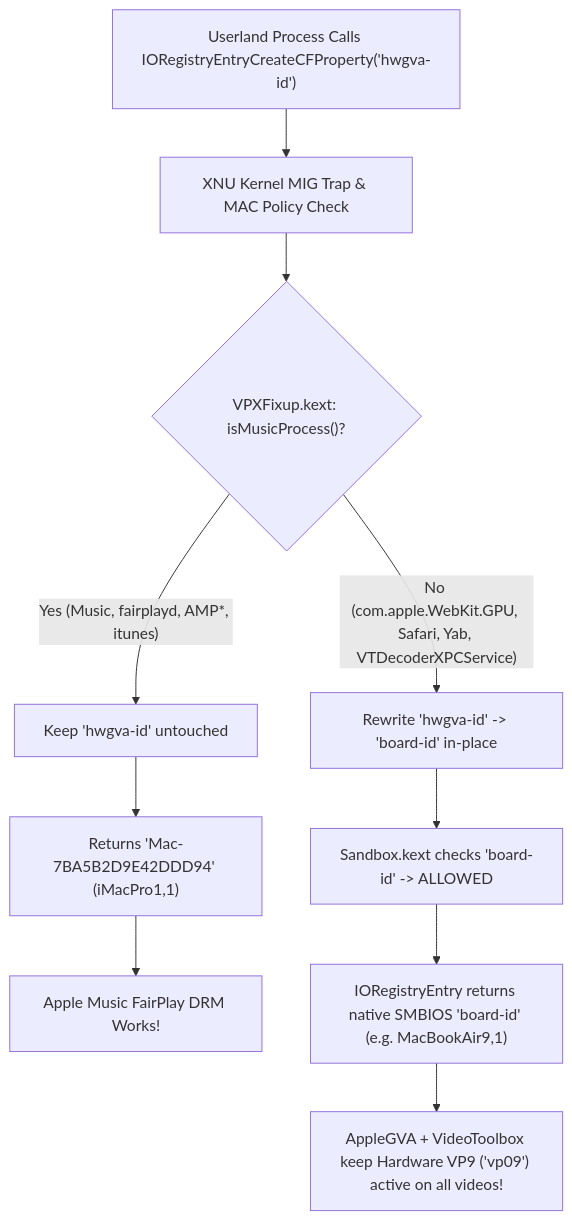
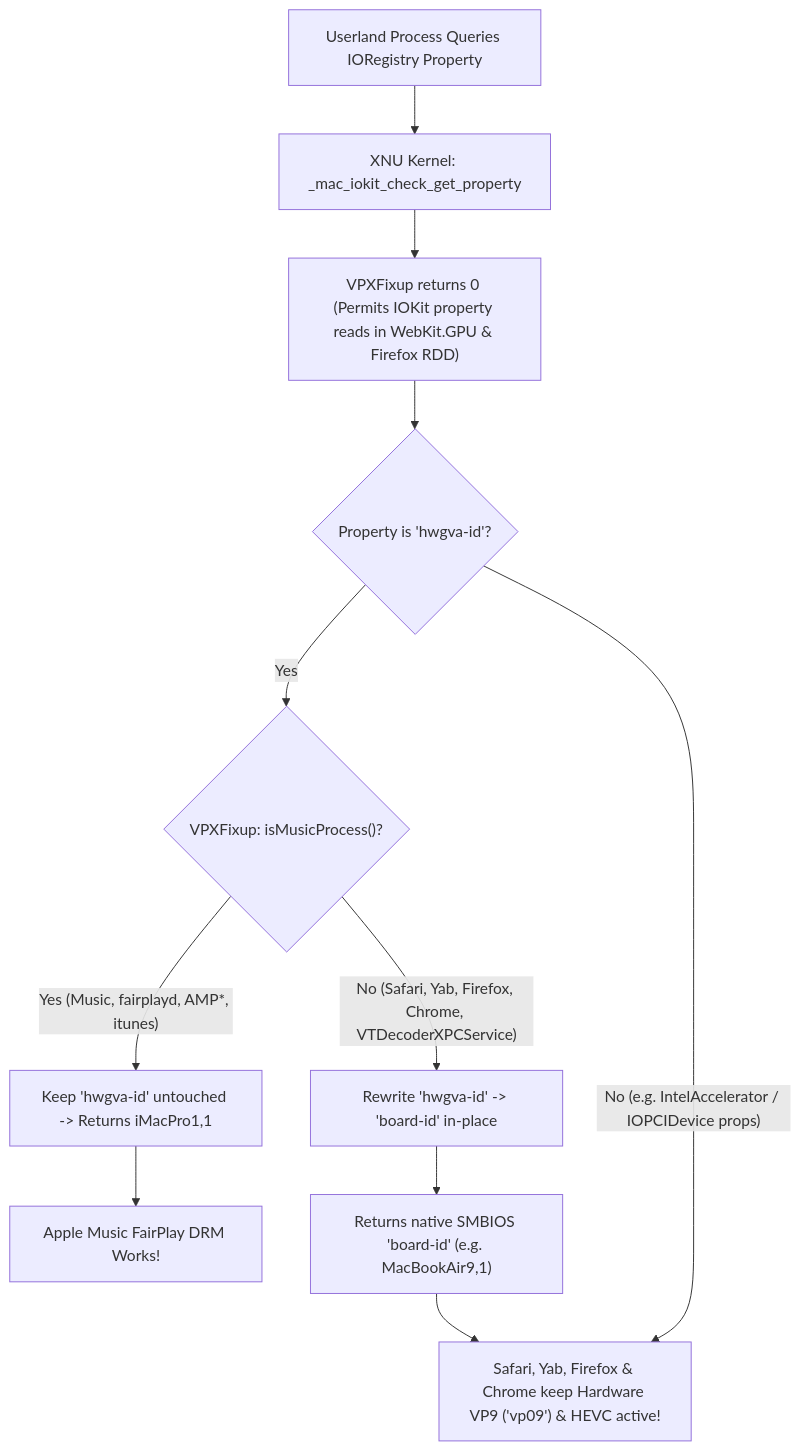
The second of 2 diagrams in HOW_IT_WORKS.md (medkintos/VPXFixUp), drawn with Mermaid before and after one commit. The commit also changed other lines of this file and 23 other files, not shown here.

````diff
--- a/HOW_IT_WORKS.md
+++ b/HOW_IT_WORKS.md
@@ -42,12 +52,13 @@
 ```mermaid
 flowchart TD
-    A["Userland Process Calls IORegistryEntryCreateCFProperty('hwgva-id')"] --> B["XNU Kernel MIG Trap & MAC Policy Check"]
-    B --> C{"VPXFixup.kext: isMusicProcess()?"}
-    C -->|"Yes (Music, fairplayd, AMP*, itunes)"| D["Keep 'hwgva-id' untouched"]
-    D --> E["Returns 'Mac-7BA5B2D9E42DDD94' (iMacPro1,1)"]
-    E --> F["Apple Music FairPlay DRM Works!"]
-    C -->|"No (com.apple.WebKit.GPU, Safari, Yab, VTDecoderXPCService)"| G["Rewrite 'hwgva-id' -> 'board-id' in-place"]
-    G --> H["Sandbox.kext checks 'board-id' -> ALLOWED"]
-    H --> I["IORegistryEntry returns native SMBIOS 'board-id' (e.g. MacBookAir9,1)"]
-    I --> J["AppleGVA + VideoToolbox keep Hardware VP9 ('vp09') active on all videos!"]
+    A["Userland Process Queries IORegistry Property"] --> B["XNU Kernel: _mac_iokit_check_get_property"]
+    B --> C["VPXFixup returns 0 (Permits IOKit property reads in WebKit.GPU & Firefox RDD)"]
+    C --> D{"Property is 'hwgva-id'?"}
+    D -->|"Yes"| E{"VPXFixup: isMusicProcess()?"}
+    E -->|"Yes (Music, fairplayd, AMP*, itunes)"| F["Keep 'hwgva-id' untouched -> Returns iMacPro1,1"]
+    F --> G["Apple Music FairPlay DRM Works!"]
+    E -->|"No (Safari, Yab, Firefox, Chrome, VTDecoderXPCService)"| H["Rewrite 'hwgva-id' -> 'board-id' in-place"]
+    H --> I["Returns native SMBIOS 'board-id' (e.g. MacBookAir9,1)"]
+    I --> J["Safari, Yab, Firefox & Chrome keep Hardware VP9 ('vp09') & HEVC active!"]
+    D -->|"No (e.g. IntelAccelerator / IOPCIDevice props)"| J
 ```
````
